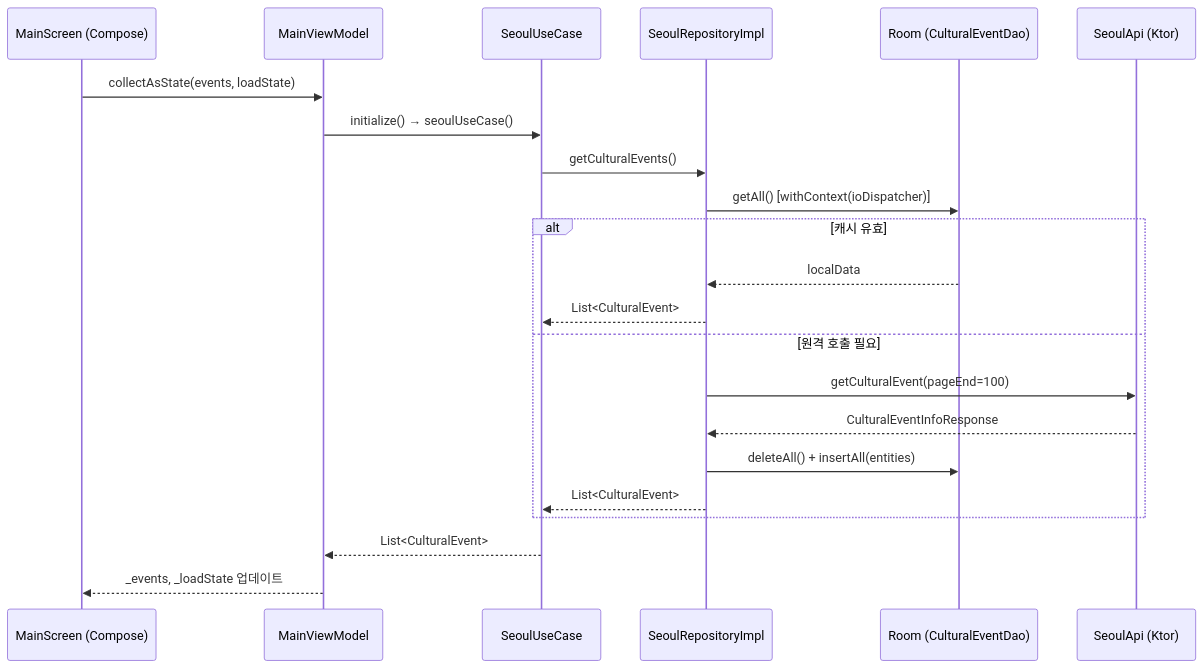
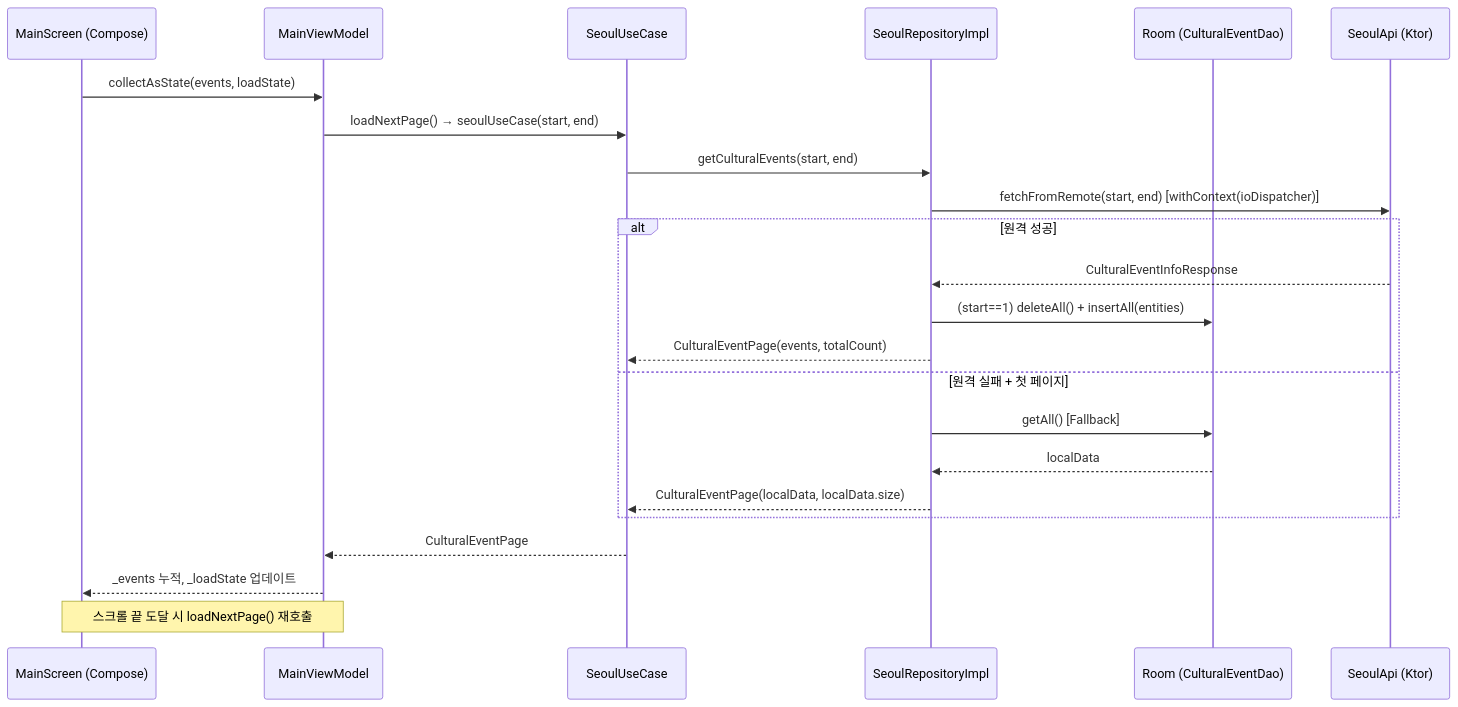
The second of 3 diagrams in docs/ARCHITECTURE.md (parkkw09/mos), drawn with Mermaid before and after one commit. The commit also changed other lines of this file and 2 other files, not shown here.

Commit message:
문서 업데이트

````diff
--- a/docs/ARCHITECTURE.md
+++ b/docs/ARCHITECTURE.md
@@ -192,25 +275,26 @@
 ```mermaid
 sequenceDiagram
     participant UI as MainScreen (Compose)
     participant VM as MainViewModel
     participant UC as SeoulUseCase
     participant Repo as SeoulRepositoryImpl
     participant DB as Room (CulturalEventDao)
     participant API as SeoulApi (Ktor)
 
     UI->>VM: collectAsState(events, loadState)
-    VM->>UC: initialize() → seoulUseCase()
-    UC->>Repo: getCulturalEvents()
-    Repo->>DB: getAll() [withContext(ioDispatcher)]
-    alt 캐시 유효
+    VM->>UC: loadNextPage() → seoulUseCase(start, end)
+    UC->>Repo: getCulturalEvents(start, end)
+    Repo->>API: fetchFromRemote(start, end) [withContext(ioDispatcher)]
+    alt 원격 성공
+        API-->>Repo: CulturalEventInfoResponse
+        Repo->>DB: (start==1) deleteAll() + insertAll(entities)
+        Repo-->>UC: CulturalEventPage(events, totalCount)
+    else 원격 실패 + 첫 페이지
+        Repo->>DB: getAll() [Fallback]
         DB-->>Repo: localData
-        Repo-->>UC: List<CulturalEvent>
-    else 원격 호출 필요
-        Repo->>API: getCulturalEvent(pageEnd=100)
-        API-->>Repo: CulturalEventInfoResponse
-        Repo->>DB: deleteAll() + insertAll(entities)
-        Repo-->>UC: List<CulturalEvent>
+        Repo-->>UC: CulturalEventPage(localData, localData.size)
     end
-    UC-->>VM: List<CulturalEvent>
-    VM-->>UI: _events, _loadState 업데이트
+    UC-->>VM: CulturalEventPage
+    VM-->>UI: _events 누적, _loadState 업데이트
+    Note over UI,VM: 스크롤 끝 도달 시 loadNextPage() 재호출
 ```
````
